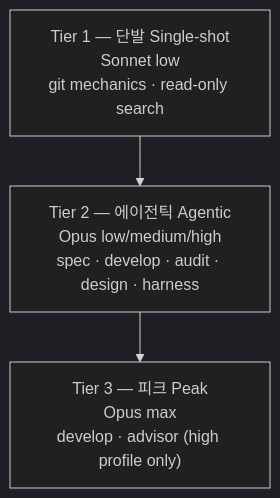
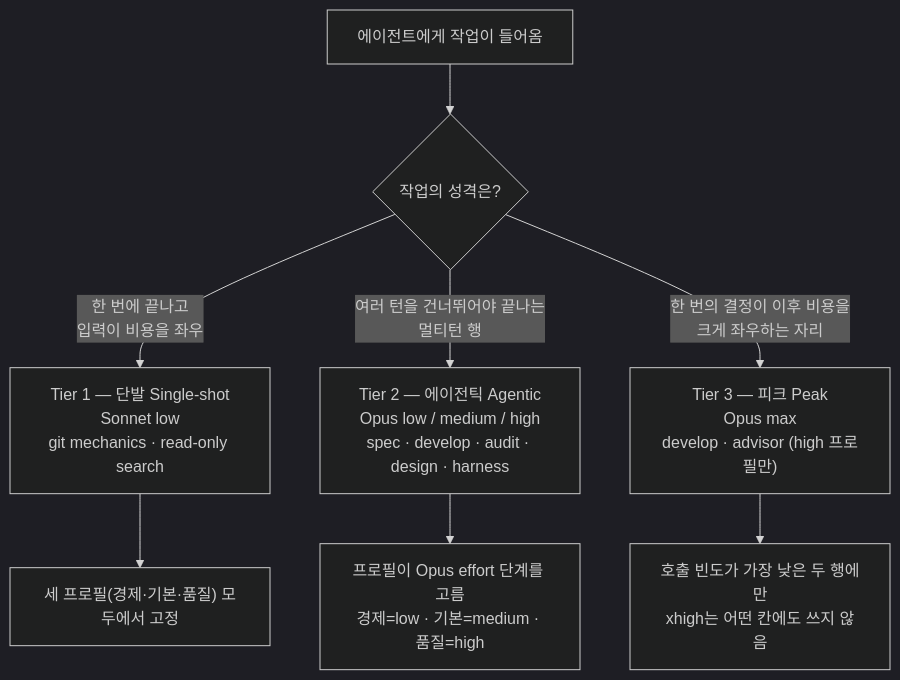
The second of 2 diagrams in docs-site/content/ko/advanced/no-haiku-3tier.md (modu-ai/moai-adk), drawn with Mermaid (dark theme) before and after one commit. The commit also changed other lines of this file and 14 other files, not shown here.

````diff
--- a/docs-site/content/ko/advanced/no-haiku-3tier.md
+++ b/docs-site/content/ko/advanced/no-haiku-3tier.md
@@ -40,8 +72,15 @@
 ```mermaid
 flowchart TD
+    START["에이전트에게 작업이 들어옴"] --> Q{"작업의 성격은?"}
+    Q -- "한 번에 끝나고\n입력이 비용을 좌우" --> T1
+    Q -- "여러 턴을 건너뛰어야 끝나는\n멀티턴 행" --> T2
+    Q -- "한 번의 결정이 이후 비용을\n크게 좌우하는 자리" --> T3
+
     T1["Tier 1 — 단발 Single-shot<br/>Sonnet low<br/>git mechanics · read-only search"]
-    T2["Tier 2 — 에이전틱 Agentic<br/>Opus low/medium/high<br/>spec · develop · audit · design · harness"]
-    T3["Tier 3 — 피크 Peak<br/>Opus max<br/>develop · advisor (high profile only)"]
+    T2["Tier 2 — 에이전틱 Agentic<br/>Opus low / medium / high<br/>spec · develop · audit · design · harness"]
+    T3["Tier 3 — 피크 Peak<br/>Opus max<br/>develop · advisor (high 프로필만)"]
 
-    T1 --> T2 --> T3
+    T1 --> NOTE["세 프로필(경제·기본·품질) 모두에서 고정"]
+    T2 --> NOTE2["프로필이 Opus effort 단계를 고름<br/>경제=low · 기본=medium · 품질=high"]
+    T3 --> NOTE3["호출 빈도가 가장 낮은 두 행에만<br/>xhigh는 어떤 칸에도 쓰지 않음"]
 ```
````
